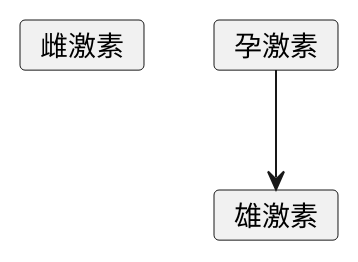
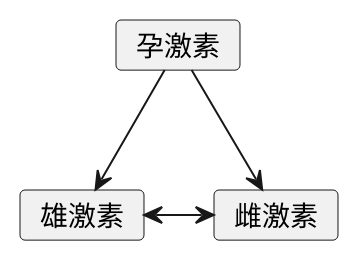
The diagram in Obstetrics_Gynecology/outline.md (heyrict/clinical-medicine-notes), drawn with PlantUML before and after one commit. The commit also changed 5 other files, not shown here.

````diff
--- a/Obstetrics_Gynecology/outline.md
+++ b/Obstetrics_Gynecology/outline.md
@@ -154,11 +154,13 @@
     ```plantuml
     @startuml
 
     card 雌激素
     card 孕激素
     card 雄激素
 
     孕激素-->雄激素
+    孕激素-->雌激素
+    雄激素<->雌激素
 
     @enduml
     ```
````
